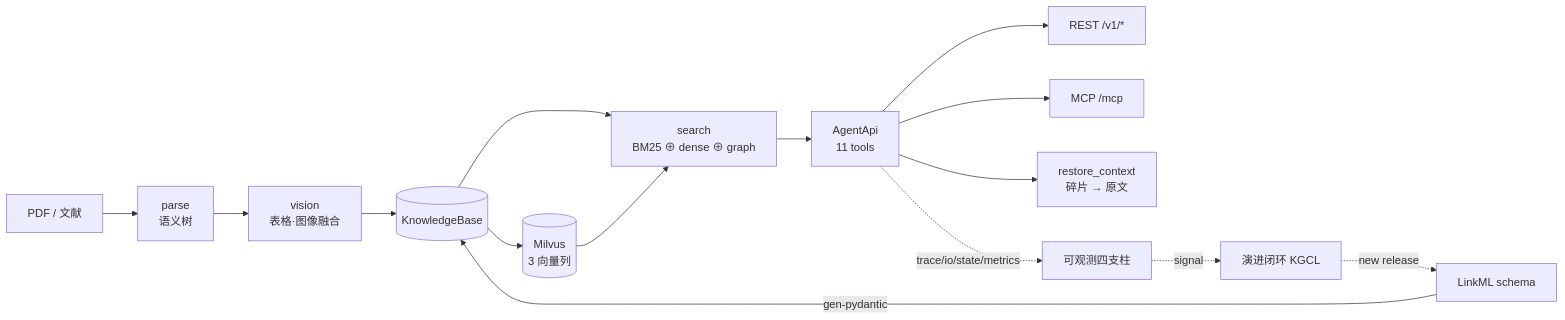
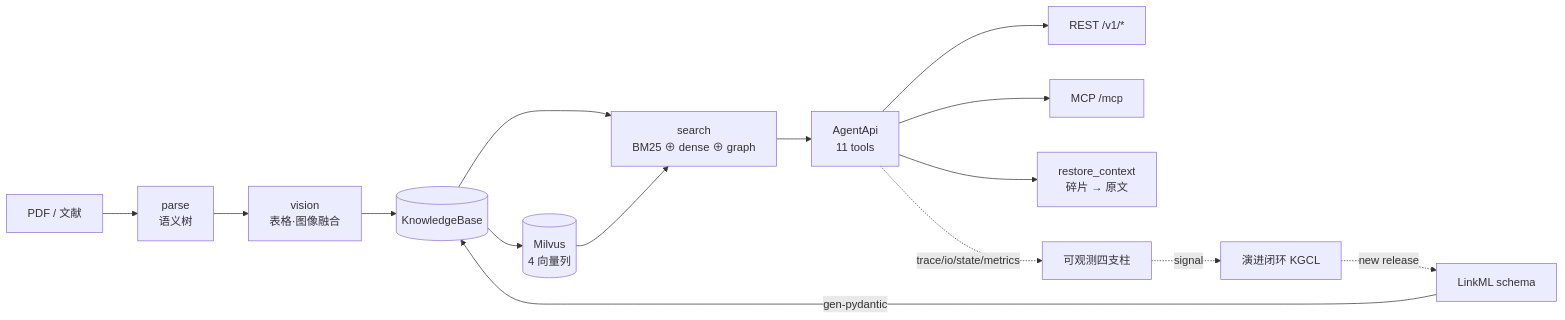
Before and after one commit to zhiweio/biomed-ontology: the diagram in README.md, drawn with Mermaid. The commit also changed other lines of this file and 26 other files, not shown here.

````diff
--- a/README.md
+++ b/README.md
@@ -98,17 +103,17 @@
 ```mermaid
 flowchart LR
     PDF[PDF / 文献] --> P[parse<br/>语义树]
     P --> V[vision<br/>表格·图像融合]
     V --> KB[(KnowledgeBase)]
     ONT[LinkML schema] -->|gen-pydantic| KB
     KB --> S[search<br/>BM25 ⊕ dense ⊕ graph]
-    KB --> M[(Milvus<br/>3 向量列)]
+    KB --> M[(Milvus<br/>4 向量列)]
     M --> S
     S --> API[AgentApi<br/>11 tools]
     API --> REST[REST /v1/*]
     API --> MCP[MCP /mcp]
     API --> C[restore_context<br/>碎片 → 原文]
     API -.trace/io/state/metrics.-> OBS[可观测四支柱]
     OBS -.signal.-> EVO[演进闭环 KGCL]
     EVO -.new release.-> ONT
 ```
````
